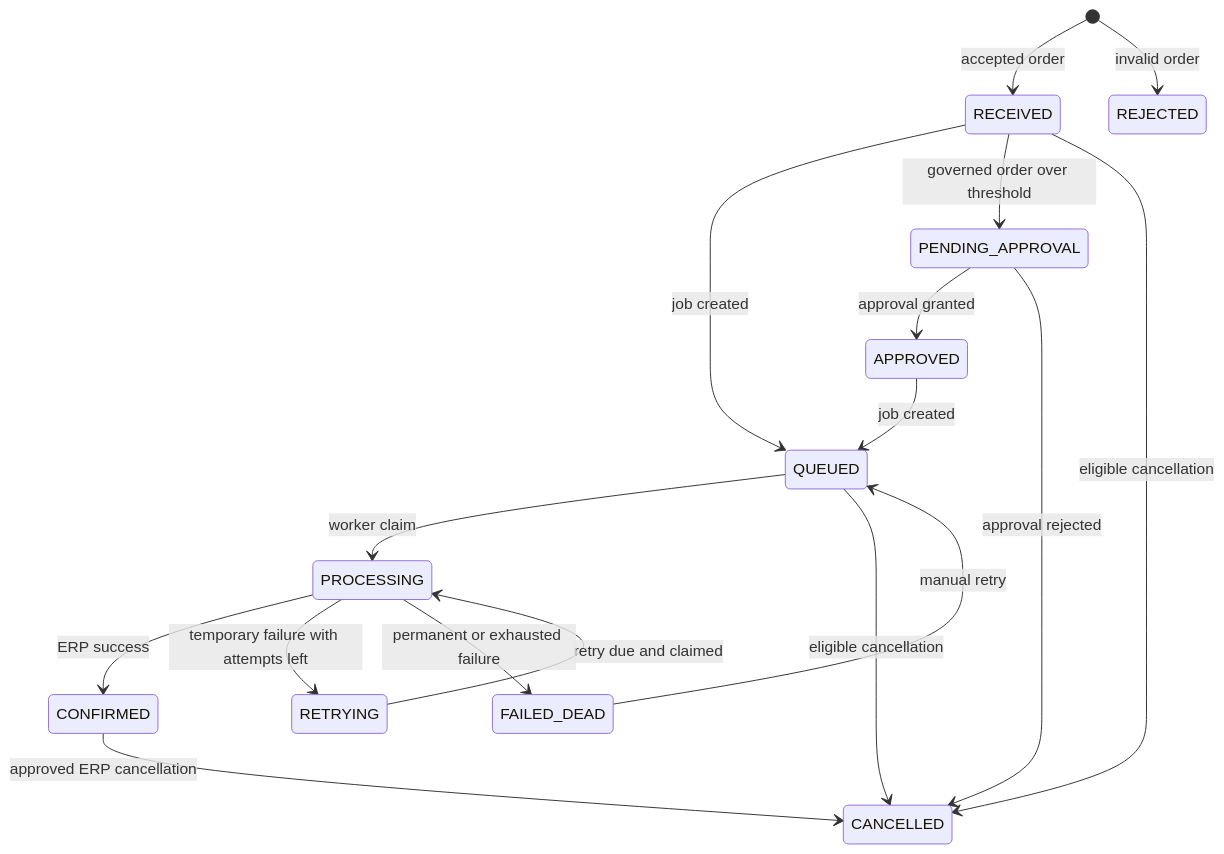
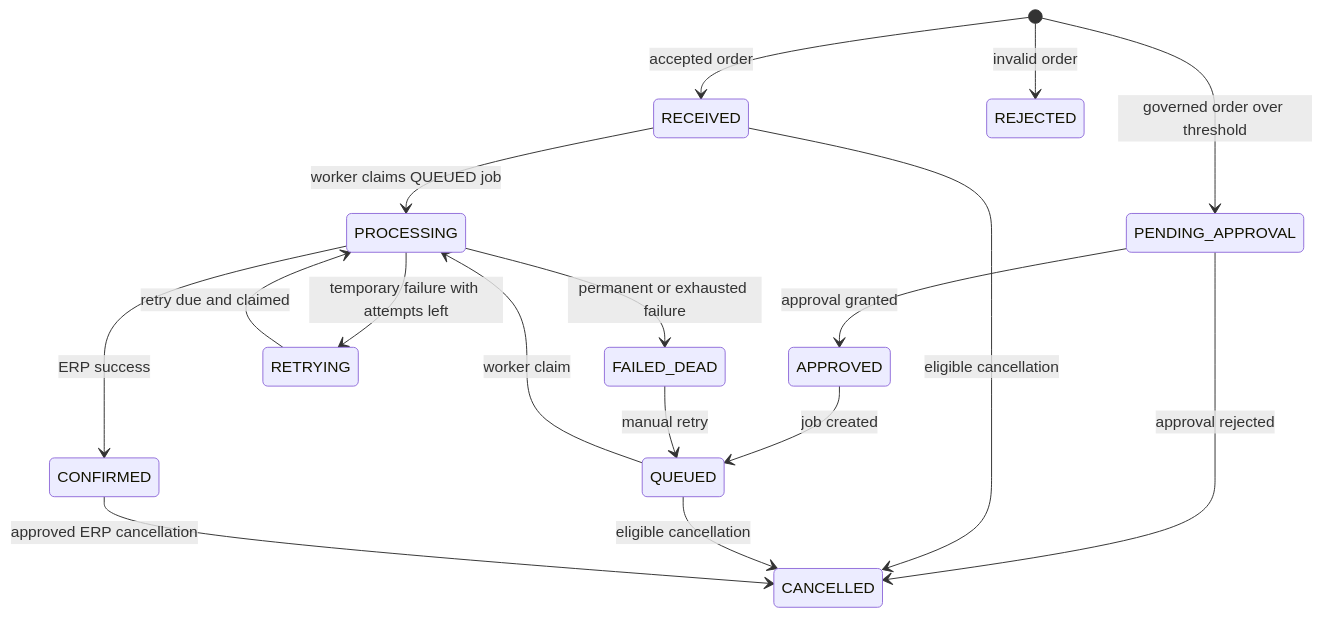
One commit to mediads786/order-gateway changed the diagram in docs/architecture.md. Above: the diagram before and after it, drawn with Mermaid. The commit also changed other lines of this file and 17 other files, not shown here.

````diff
--- a/docs/architecture.md
+++ b/docs/architecture.md
@@ -19,19 +19,19 @@
 ```mermaid
 stateDiagram-v2
   [*] --> RECEIVED: accepted order
   [*] --> REJECTED: invalid order
-  RECEIVED --> QUEUED: job created
-  RECEIVED --> PENDING_APPROVAL: governed order over threshold
+  RECEIVED --> PROCESSING: worker claims QUEUED job
+  [*] --> PENDING_APPROVAL: governed order over threshold
   PENDING_APPROVAL --> APPROVED: approval granted
   APPROVED --> QUEUED: job created
   PENDING_APPROVAL --> CANCELLED: approval rejected
   QUEUED --> PROCESSING: worker claim
   PROCESSING --> CONFIRMED: ERP success
   PROCESSING --> RETRYING: temporary failure with attempts left
   RETRYING --> PROCESSING: retry due and claimed
   PROCESSING --> FAILED_DEAD: permanent or exhausted failure
   FAILED_DEAD --> QUEUED: manual retry
   RECEIVED --> CANCELLED: eligible cancellation
   QUEUED --> CANCELLED: eligible cancellation
   CONFIRMED --> CANCELLED: approved ERP cancellation
 ```
````
